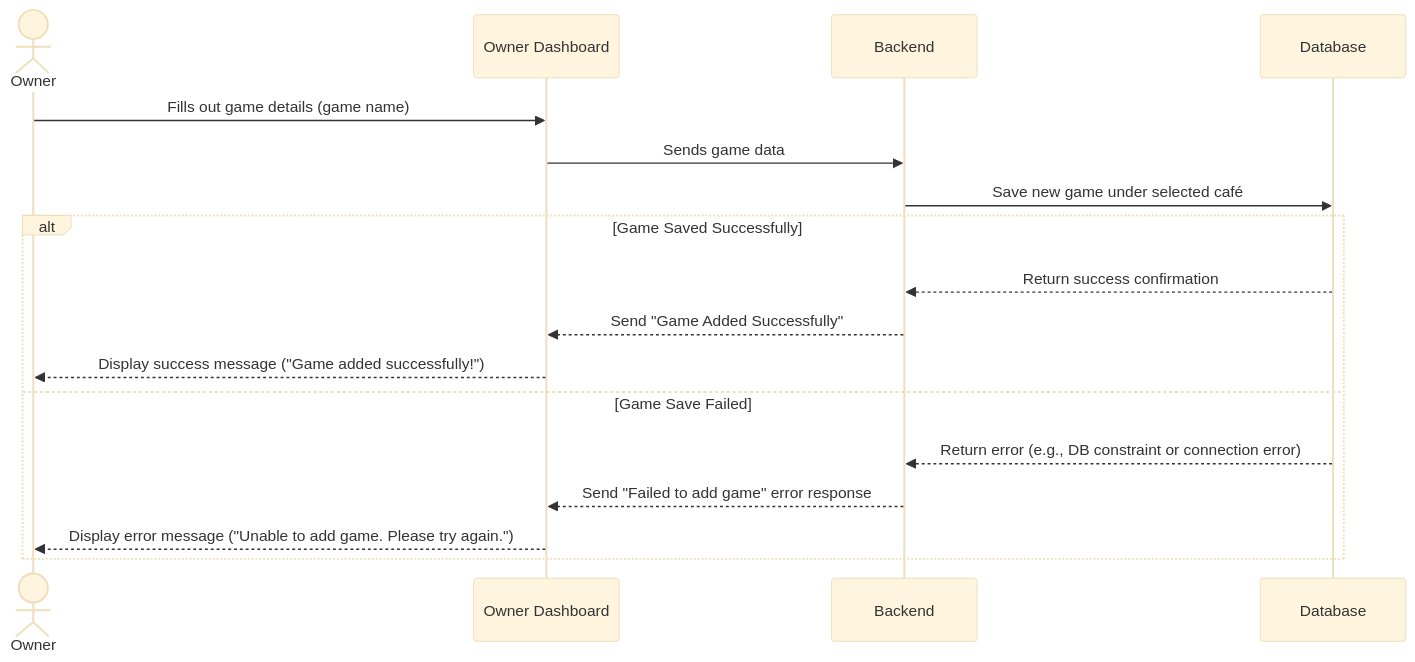
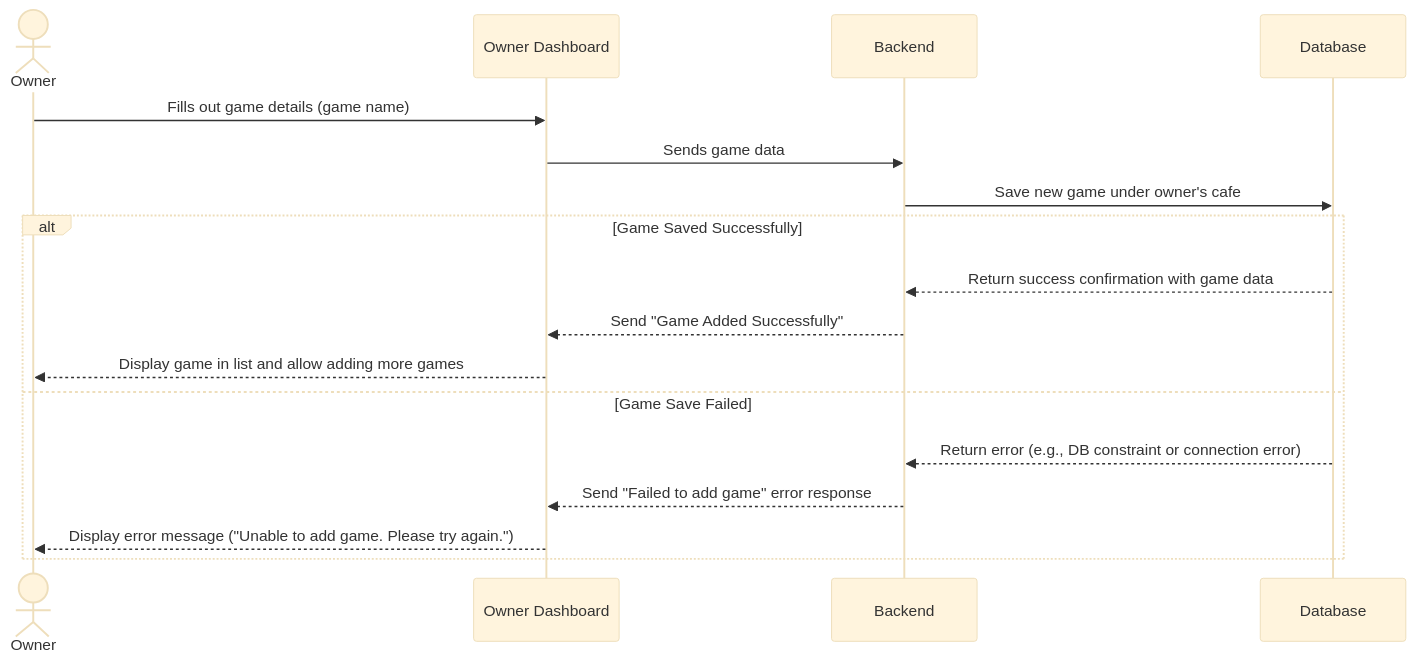
Before and after one commit to yuvrajsingh-Gkmit/gamegrid-docs: the sixth of 8 diagrams in docs/index.md, drawn with Mermaid. The commit also changed other lines of this file and 1 other file, not shown here.

````diff
--- a/docs/index.md
+++ b/docs/index.md
@@ -669,23 +639,23 @@
 ```mermaid
 %%{init: {'theme':'base', 'themeVariables': { 'fontSize':'18px', 'fontFamily':'Arial'}}}%%
 sequenceDiagram
     actor Owner
     participant UI as Owner Dashboard
     participant API as Backend
     participant DB as Database
 
     Owner->>UI: Fills out game details (game name)
     UI->>API: Sends game data
-    API->>DB: Save new game under selected café
+    API->>DB: Save new game under owner's cafe
 
     alt Game Saved Successfully
-        DB-->>API: Return success confirmation
+        DB-->>API: Return success confirmation with game data
         API-->>UI: Send "Game Added Successfully"
-        UI-->>Owner: Display success message ("Game added successfully!")
+        UI-->>Owner: Display game in list and allow adding more games
     else Game Save Failed
         DB-->>API: Return error (e.g., DB constraint or connection error)
         API-->>UI: Send "Failed to add game" error response
         UI-->>Owner: Display error message ("Unable to add game. Please try again.")
     end
 
 ```
````
